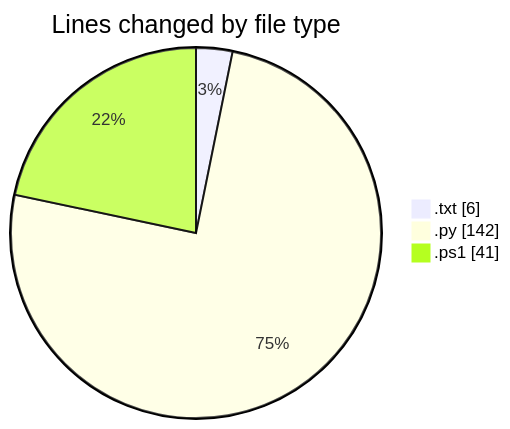
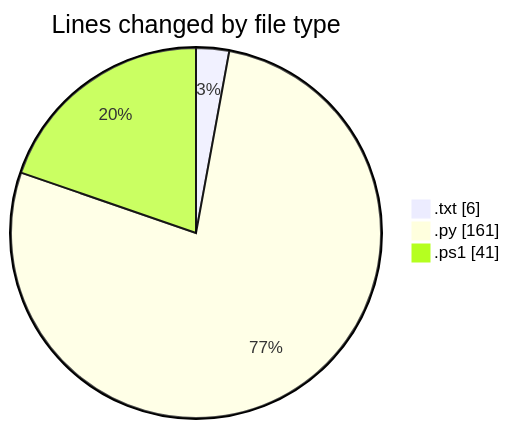
One commit to CELIANVF/code-tracking changed the first of 2 diagrams in 2025-05-16/python_app_deploy/README.md. Above: the diagram before and after it, drawn with Mermaid. The commit also changed other lines of this file and 1 other file, not shown here.

````diff
--- a/2025-05-16/python_app_deploy/README.md
+++ b/2025-05-16/python_app_deploy/README.md
@@ -22,7 +22,7 @@
 ```mermaid
 pie showData
 title Lines changed by file type
 ".txt" : 6
-".py" : 142
+".py" : 161
 ".ps1" : 41
 ```
````
